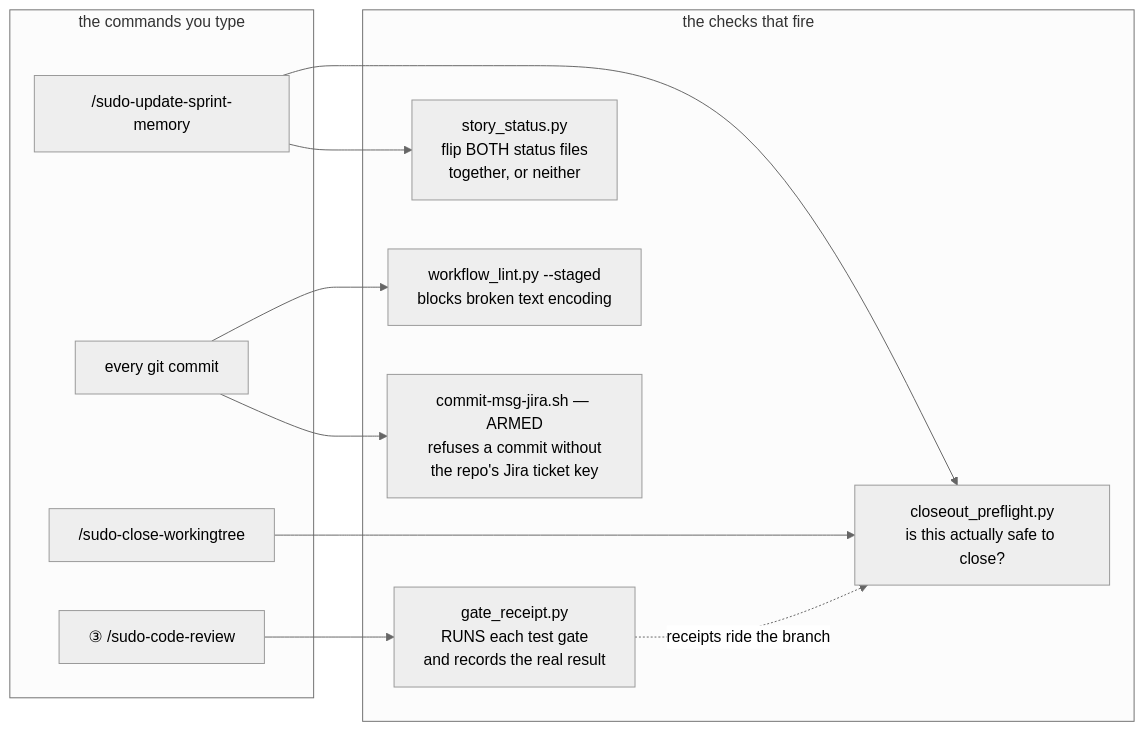
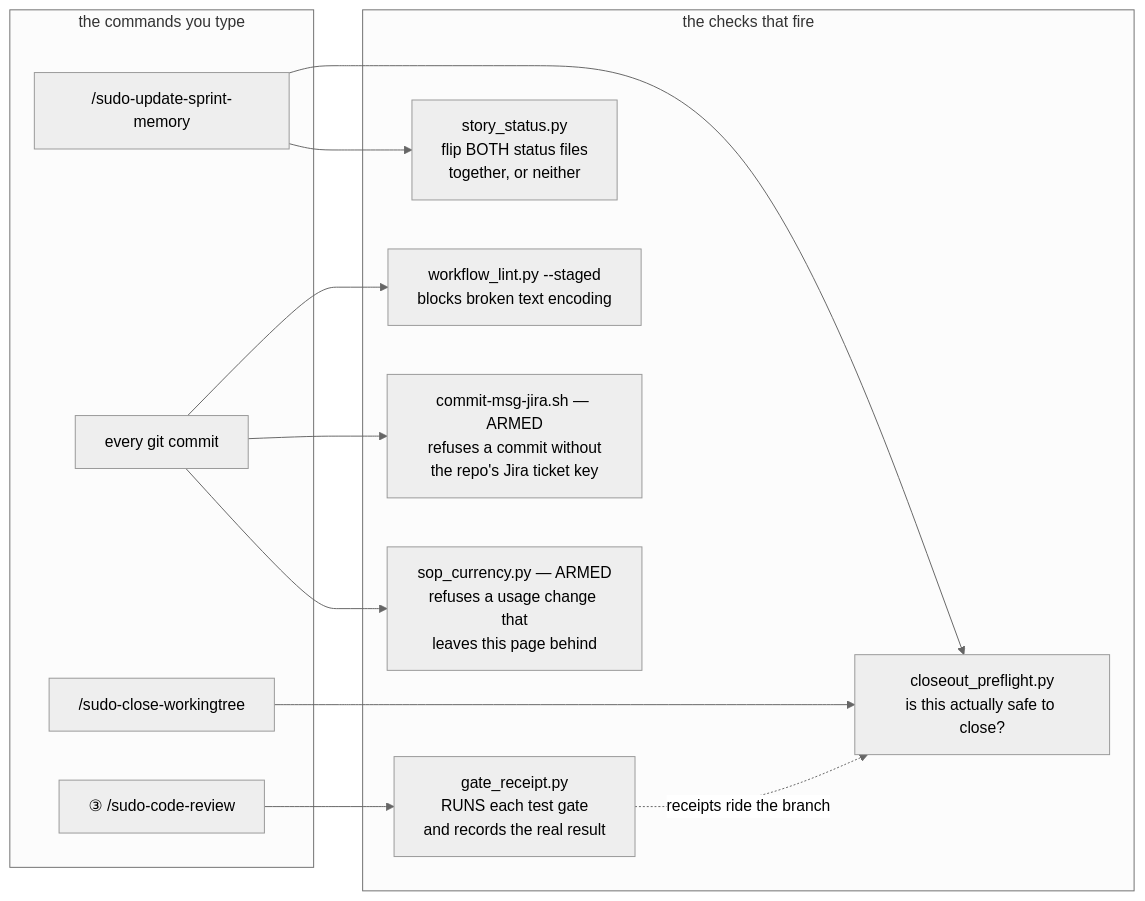
Before and after one commit to sudomadhatter/Sudo_Hatter_Command: the third of 8 diagrams in _my_resources/_quick_reference/sudo_workflows_testing.md, drawn with Mermaid (neutral theme). The commit also changed other lines of this file and 14 other files, not shown here.

````diff
--- a/_my_resources/_quick_reference/sudo_workflows_testing.md
+++ b/_my_resources/_quick_reference/sudo_workflows_testing.md
@@ -228,23 +249,25 @@
 ```mermaid
 flowchart LR
     subgraph CMD ["the commands you type"]
         R["③ /sudo-code-review"]
         M["/sudo-update-sprint-memory"]
         W["/sudo-close-workingtree"]
         G["every git commit"]
     end
     subgraph CHK ["the checks that fire"]
         GR["gate_receipt.py\nRUNS each test gate\nand records the real result"]
         CP["closeout_preflight.py\nis this actually safe to close?"]
         SS["story_status.py\nflip BOTH status files\ntogether, or neither"]
         WL["workflow_lint.py --staged\nblocks broken text encoding"]
         JH["commit-msg-jira.sh — ARMED\nrefuses a commit without\nthe repo's Jira ticket key"]
+        SC["sop_currency.py — ARMED\nrefuses a usage change that\nleaves this page behind"]
     end
     R --> GR
     M --> CP
     M --> SS
     W --> CP
     G --> WL
     G --> JH
+    G --> SC
     GR -.->|"receipts ride the branch"| CP
 ```
````
